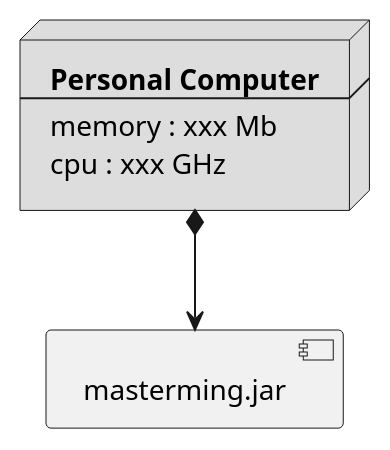
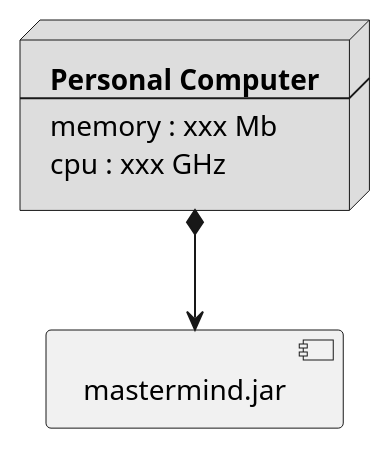
One commit to amartinm82/mastermind changed the third of 3 diagrams in docs/src/docs/asciidoc/index.adoc. Above: the diagram before and after it, drawn with PlantUML. The commit also changed other lines of this file and 93 other files, not shown here.

```diff
--- a/docs/src/docs/asciidoc/index.adoc
+++ b/docs/src/docs/asciidoc/index.adoc
@@ -376,14 +492,14 @@
 [plantuml,diagramaDespliegue,svg]
 ....
 
 node node #DDDDDD [
 <b>Personal Computer</b>
 ----
 memory : xxx Mb
 cpu : xxx GHz
 ]
 
-[ masterming.jar ] as component
+[ mastermind.jar ] as component
 
 node *--> component
 ....
```
